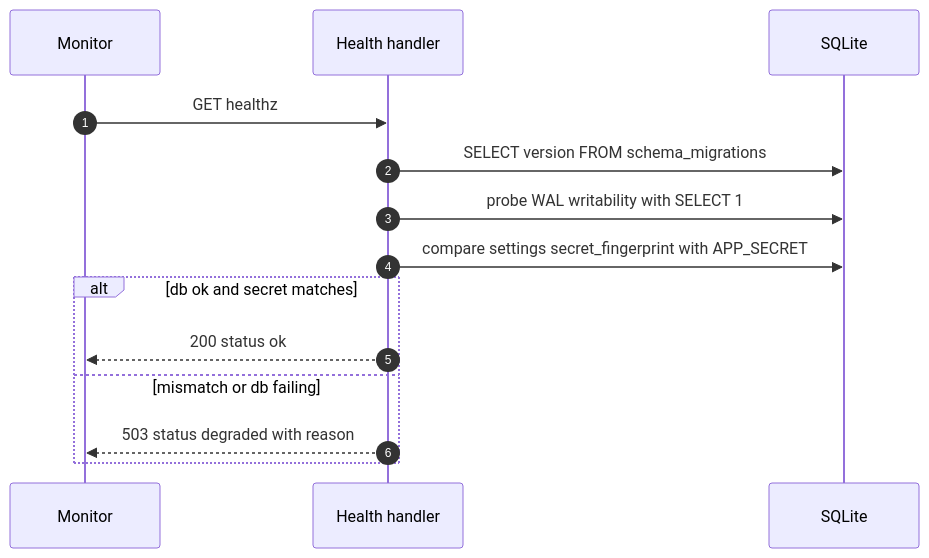
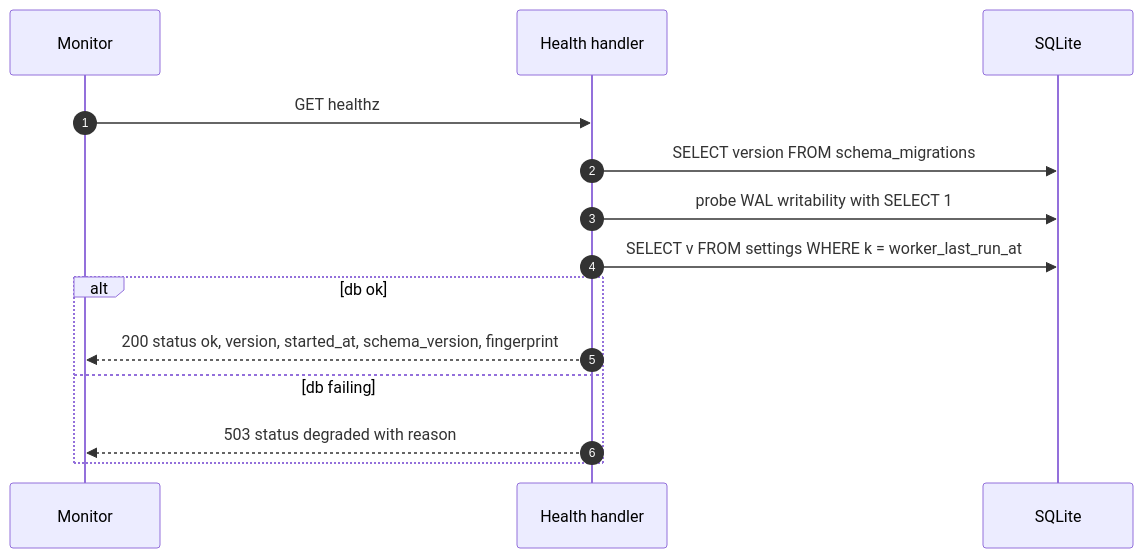
Diagram 20 of 20 in docs/v2-api.md (dimasbaguspm/spenicle), drawn with Mermaid before and after one commit. The commit also changed other lines of this file and 38 other files, not shown here.

````diff
--- a/docs/v2-api.md
+++ b/docs/v2-api.md
@@ -1129,16 +1129,16 @@
 ```mermaid
 sequenceDiagram
     autonumber
     participant M as Monitor
     participant API as Health handler
     participant DB as SQLite
     M->>API: GET healthz
     API->>DB: SELECT version FROM schema_migrations
     API->>DB: probe WAL writability with SELECT 1
-    API->>DB: compare settings secret_fingerprint with APP_SECRET
-    alt db ok and secret matches
-        API-->>M: 200 status ok
-    else mismatch or db failing
+    API->>DB: SELECT v FROM settings WHERE k = worker_last_run_at
+    alt db ok
+        API-->>M: 200 status ok, version, started_at, schema_version, fingerprint
+    else db failing
         API-->>M: 503 status degraded with reason
     end
 ```
````
